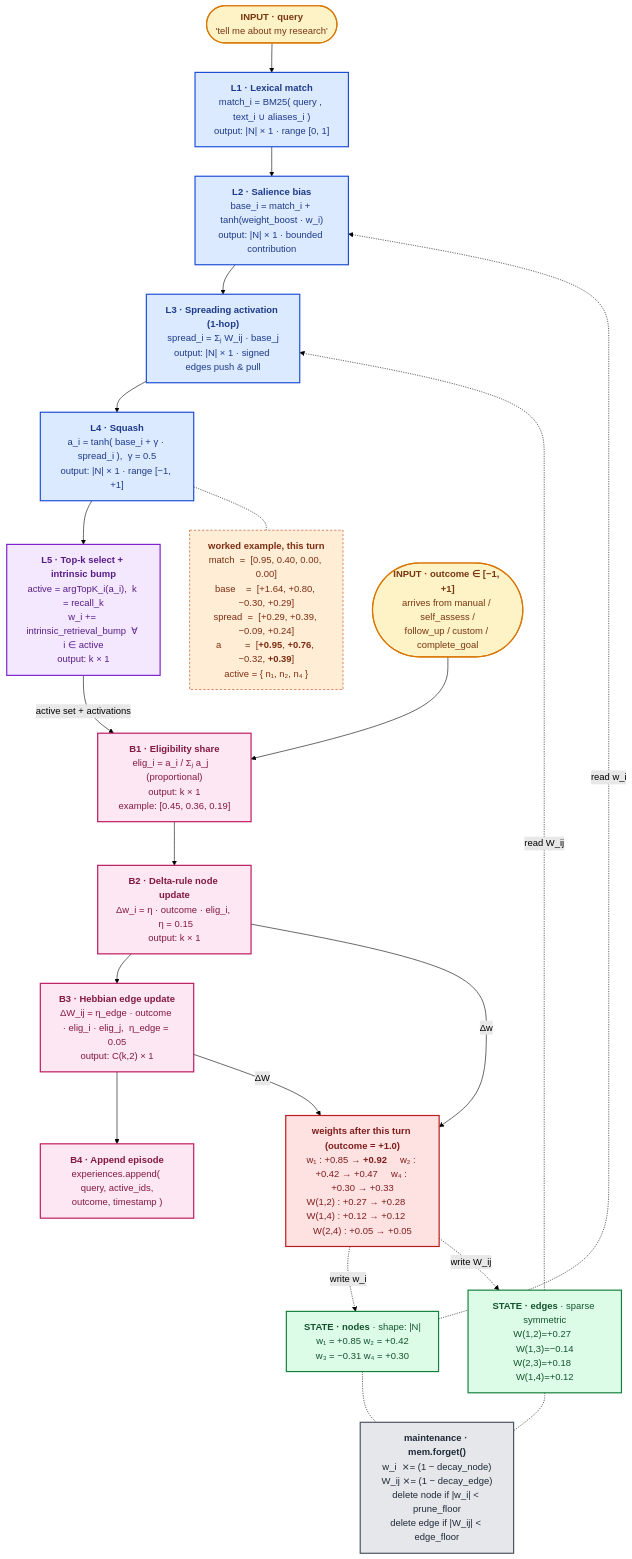
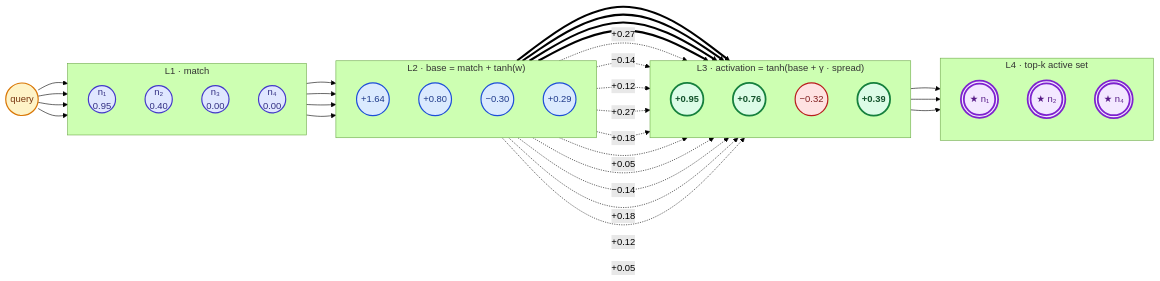
The second of 6 diagrams in docs/architecture.md (vitalops/coherence), drawn with Mermaid (forest theme) before and after one commit. The commit also changed other lines of this file, not shown here.

Commit message:
upd: neural blocks

````diff
--- a/docs/architecture.md
+++ b/docs/architecture.md
@@ -61,61 +63,74 @@
 ```mermaid
-flowchart TD
-    %% ============== Inputs and persistent state ==============
-    Q(["<b>INPUT · query</b><br/>'tell me about my research'"]):::input
-    NODES["<b>STATE · nodes</b> · shape: |N|<br/>w₁ = +0.85   w₂ = +0.42<br/>w₃ = −0.31   w₄ = +0.30"]:::state
-    EDGES["<b>STATE · edges</b> · sparse symmetric<br/>W(1,2)=+0.27  W(1,3)=−0.14<br/>W(2,3)=+0.18  W(1,4)=+0.12"]:::state
+flowchart LR
+    Q(("query")):::input
 
-    %% ============== Forward pass — layered stack ==============
-    F1["<b>L1 · Lexical match</b><br/>match_i = BM25( query , text_i ∪ aliases_i )<br/>output: |N| × 1 · range [0, 1]"]:::fwd
-    F2["<b>L2 · Salience bias</b><br/>base_i = match_i + tanh(weight_boost · w_i)<br/>output: |N| × 1 · bounded contribution"]:::fwd
-    F3["<b>L3 · Spreading activation (1-hop)</b><br/>spread_i = Σⱼ W_ij · base_j<br/>output: |N| × 1 · signed edges push & pull"]:::fwd
-    F4["<b>L4 · Squash</b><br/>a_i = tanh( base_i + γ · spread_i ),  γ = 0.5<br/>output: |N| × 1 · range [−1, +1]"]:::fwd
-    F5["<b>L5 · Top-k select + intrinsic bump</b><br/>active = argTopK_i(a_i),  k = recall_k<br/>w_i += intrinsic_retrieval_bump  ∀ i ∈ active<br/>output: k × 1"]:::active
+    subgraph L1["L1 · match"]
+        direction TB
+        m1(("n₁<br/>0.95")):::match
+        m2(("n₂<br/>0.40")):::match
+        m3(("n₃<br/>0.00")):::match
+        m4(("n₄<br/>0.00")):::match
+    end
 
-    SAMPLE["<b>worked example, this turn</b><br/>match  =  [0.95, 0.40, 0.00, 0.00]<br/>base    =  [+1.64, +0.80, −0.30, +0.29]<br/>spread  =  [+0.29, +0.39, −0.09, +0.24]<br/>a         =  [<b>+0.95</b>, <b>+0.76</b>, −0.32, <b>+0.39</b>]<br/>active = { n₁, n₂, n₄ }"]:::sample
+    subgraph L2["L2 · base = match + tanh(w)"]
+        direction TB
+        b1(("+1.64")):::base
+        b2(("+0.80")):::base
+        b3(("−0.30")):::base
+        b4(("+0.29")):::base
+    end
 
-    %% ============== Outcome ==============
-    OUT(["<b>INPUT · outcome ∈ [−1, +1]</b><br/>arrives from manual / self_assess /<br/>follow_up / custom / complete_goal"]):::input
+    subgraph L3["L3 · activation = tanh(base + γ · spread)"]
+        direction TB
+        a1(("<b>+0.95</b>")):::act
+        a2(("<b>+0.76</b>")):::act
+        a3(("−0.32")):::deact
+        a4(("<b>+0.39</b>")):::act
+    end
 
-    %% ============== Backward pass — layered stack ==============
-    B1["<b>B1 · Eligibility share</b><br/>elig_i = a_i / Σⱼ a_j   (proportional)<br/>output: k × 1<br/>example: [0.45, 0.36, 0.19]"]:::bwd
-    B2["<b>B2 · Delta-rule node update</b><br/>Δw_i = η · outcome · elig_i,  η = 0.15<br/>output: k × 1"]:::bwd
-    B3["<b>B3 · Hebbian edge update</b><br/>ΔW_ij = η_edge · outcome · elig_i · elig_j,  η_edge = 0.05<br/>output: C(k,2) × 1"]:::bwd
-    B4["<b>B4 · Append episode</b><br/>experiences.append( query, active_ids,<br/>outcome, timestamp )"]:::bwd
+    subgraph L4["L4 · top-k active set"]
+        direction TB
+        t1((("★ n₁"))):::top
+        t2((("★ n₂"))):::top
+        t4((("★ n₄"))):::top
+    end
 
-    UPDATE["<b>weights after this turn (outcome = +1.0)</b><br/>w₁ : +0.85 → <b>+0.92</b>     w₂ : +0.42 → +0.47     w₄ : +0.30 → +0.33<br/>W(1,2) : +0.27 → +0.28     W(1,4) : +0.12 → +0.12     W(2,4) : +0.05 → +0.05"]:::update
+    Q --> m1
+    Q --> m2
+    Q --> m3
+    Q --> m4
 
-    %% ============== Periodic maintenance ==============
-    MAINT["<b>maintenance · mem.forget()</b><br/>w_i  ⨯= (1 − decay_node)<br/>W_ij ⨯= (1 − decay_edge)<br/>delete node if |w_i| < prune_floor<br/>delete edge if |W_ij| < edge_floor"]:::maint
+    m1 --> b1
+    m2 --> b2
+    m3 --> b3
+    m4 --> b4
 
-    %% ============== Wiring ==============
-    Q --> F1
-    F1 --> F2
-    NODES -.->|"read w_i"| F2
-    F2 --> F3
-    EDGES -.->|"read W_ij"| F3
-    F3 --> F4 --> F5
-    F4 -.- SAMPLE
+    %% Identity contribution (base_i flows into a_i directly through the formula)
+    b1 ==> a1
+    b2 ==> a2
+    b3 ==> a3
+    b4 ==> a4
 
-    F5 -->|"active set + activations"| B1
-    OUT --> B1
-    B1 --> B2 --> B3 --> B4
-    B2 -->|"Δw"| UPDATE
-    B3 -->|"ΔW"| UPDATE
+    %% Spreading activation through signed edges W_ij
+    b1 -.->|"+0.27"| a2
+    b1 -.->|"−0.14"| a3
+    b1 -.->|"+0.12"| a4
+    b2 -.->|"+0.27"| a1
+    b2 -.->|"+0.18"| a3
+    b2 -.->|"+0.05"| a4
+    b3 -.->|"−0.14"| a1
+    b3 -.->|"+0.18"| a2
+    b4 -.->|"+0.12"| a1
+    b4 -.->|"+0.05"| a2
 
-    UPDATE -.->|"write w_i"| NODES
-    UPDATE -.->|"write W_ij"| EDGES
+    a1 --> t1
+    a2 --> t2
+    a4 --> t4
 
-    NODES -.- MAINT
-    EDGES -.- MAINT
-
-    %% ============== Styles ==============
     classDef input fill:#fef3c7,stroke:#d97706,color:#78350f,stroke-width:2px
-    classDef state fill:#dcfce7,stroke:#15803d,color:#14532d,stroke-width:2px
-    classDef fwd fill:#dbeafe,stroke:#1d4ed8,color:#1e3a8a,stroke-width:2px
-    classDef active fill:#f3e8ff,stroke:#7e22ce,color:#581c87,stroke-width:2px
-    classDef sample fill:#ffedd5,stroke:#c2410c,color:#7c2d12,stroke-width:1px,stroke-dasharray: 4 3
-    classDef bwd fill:#fce7f3,stroke:#be185d,color:#831843,stroke-width:2px
-    classDef update fill:#fee2e2,stroke:#b91c1c,color:#7f1d1d,stroke-width:2px
-    classDef maint fill:#e5e7eb,stroke:#4b5563,color:#1f2937,stroke-width:2px
+    classDef match fill:#e0e7ff,stroke:#4338ca,color:#312e81,stroke-width:2px
+    classDef base fill:#dbeafe,stroke:#1d4ed8,color:#1e3a8a,stroke-width:2px
+    classDef act fill:#dcfce7,stroke:#15803d,color:#14532d,stroke-width:3px
+    classDef deact fill:#fee2e2,stroke:#b91c1c,color:#7f1d1d,stroke-width:2px
+    classDef top fill:#f3e8ff,stroke:#7e22ce,color:#581c87,stroke-width:3px
 ```
````
